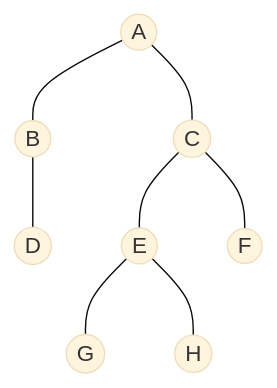
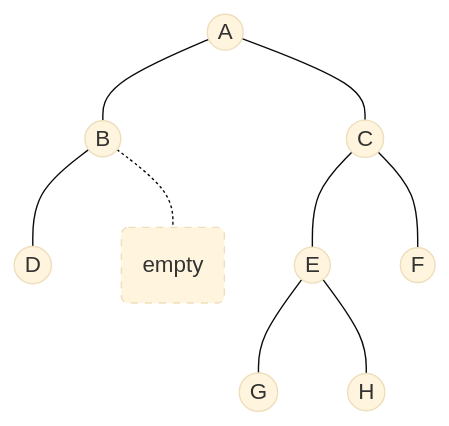
One commit to younghunkimm/younghunkimm.github.io changed the second of 2 diagrams in _posts/2024-06-30-2소프트웨어-개발-핵심노트.md. Above: the diagram before and after it, drawn with Mermaid (base theme).

````diff
--- a/_posts/2024-06-30-2소프트웨어-개발-핵심노트.md
+++ b/_posts/2024-06-30-2소프트웨어-개발-핵심노트.md
@@ -329,16 +329,19 @@
 ```mermaid
 flowchart TD
     A(("A"))
     B(("B"))
     C(("C"))
     D(("D"))
     E(("E"))
     F(("F"))
     G(("G"))
     H(("H"))
+    Z("empty")
+    style Z fill:stroke-width:1px,stroke-dasharray: 5 5
 
     A --- B & C
     B --- D
+    B -.- Z
     C --- E & F
     E --- G & H
 ```
````
